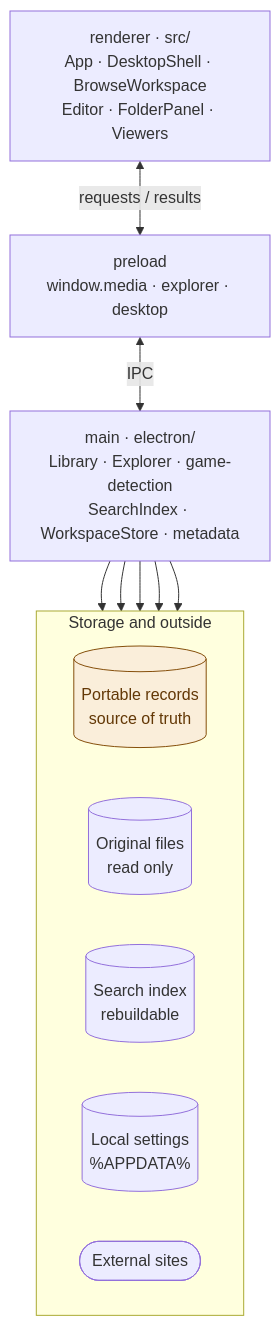
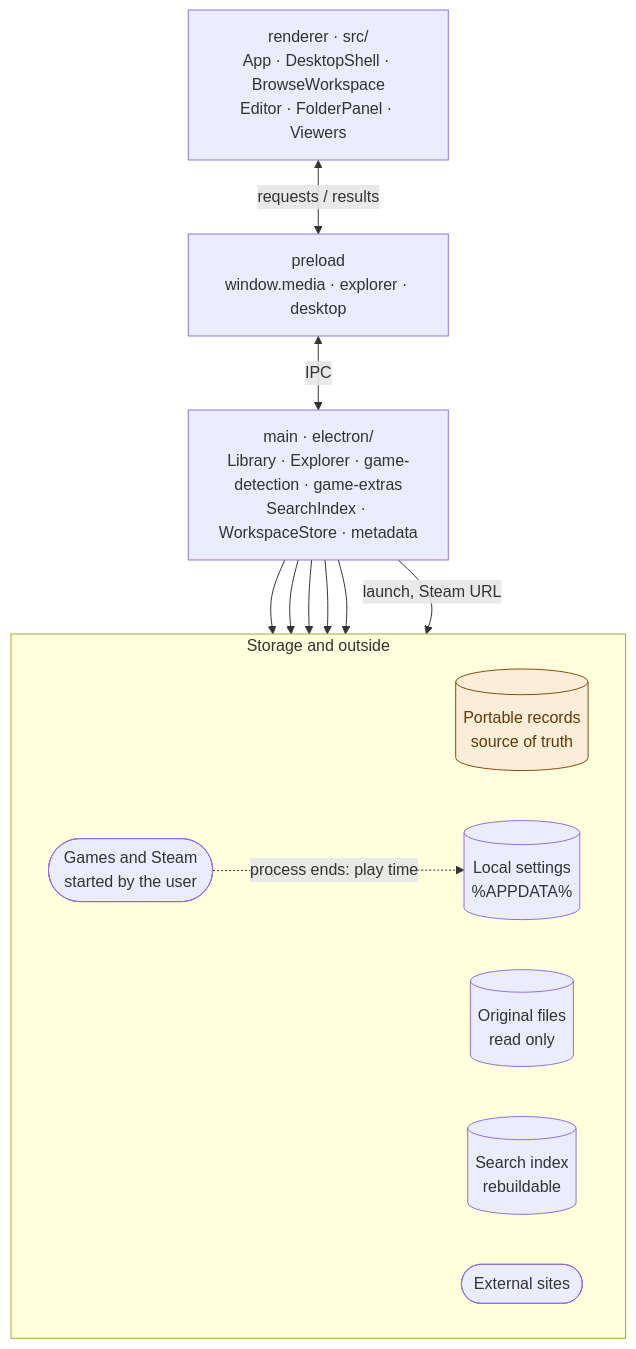
Before and after one commit to ZekeGan/Morph_Media-browser: the second of 2 diagrams in docs/ARCHITECTURE.md, drawn with Mermaid. The commit also changed other lines of this file, not shown here.

Commit message:
Architecture: game extras module and play time flow

````diff
--- a/docs/ARCHITECTURE.md
+++ b/docs/ARCHITECTURE.md
@@ -30,23 +30,26 @@
 ```mermaid
 flowchart TB
   R["renderer · src/<br/>App · DesktopShell · BrowseWorkspace<br/>Editor · FolderPanel · Viewers"]
   P["preload<br/>window.media · explorer · desktop"]
-  M["main · electron/<br/>Library · Explorer · game-detection<br/>SearchIndex · WorkspaceStore · metadata"]
+  M["main · electron/<br/>Library · Explorer · game-detection · game-extras<br/>SearchIndex · WorkspaceStore · metadata"]
   subgraph S["Storage and outside"]
     direction LR
     Rec[("Portable records<br/>source of truth")]
     Orig[("Original files<br/>read only")]
     SQ[("Search index<br/>rebuildable")]
     Set[("Local settings<br/>%APPDATA%")]
     Net(["External sites"])
+    Games(["Games and Steam<br/>started by the user"])
   end
   R <-->|"requests / results"| P
   P <-->|IPC| M
   M --> Rec
   M --> Orig
   M --> SQ
   M --> Set
   M --> Net
+  M -->|"launch, Steam URL"| Games
+  Games -.->|"process ends: play time"| Set
   classDef source fill:#FAEEDA,stroke:#854F0B,color:#633806
   class Rec source
 ```
````
